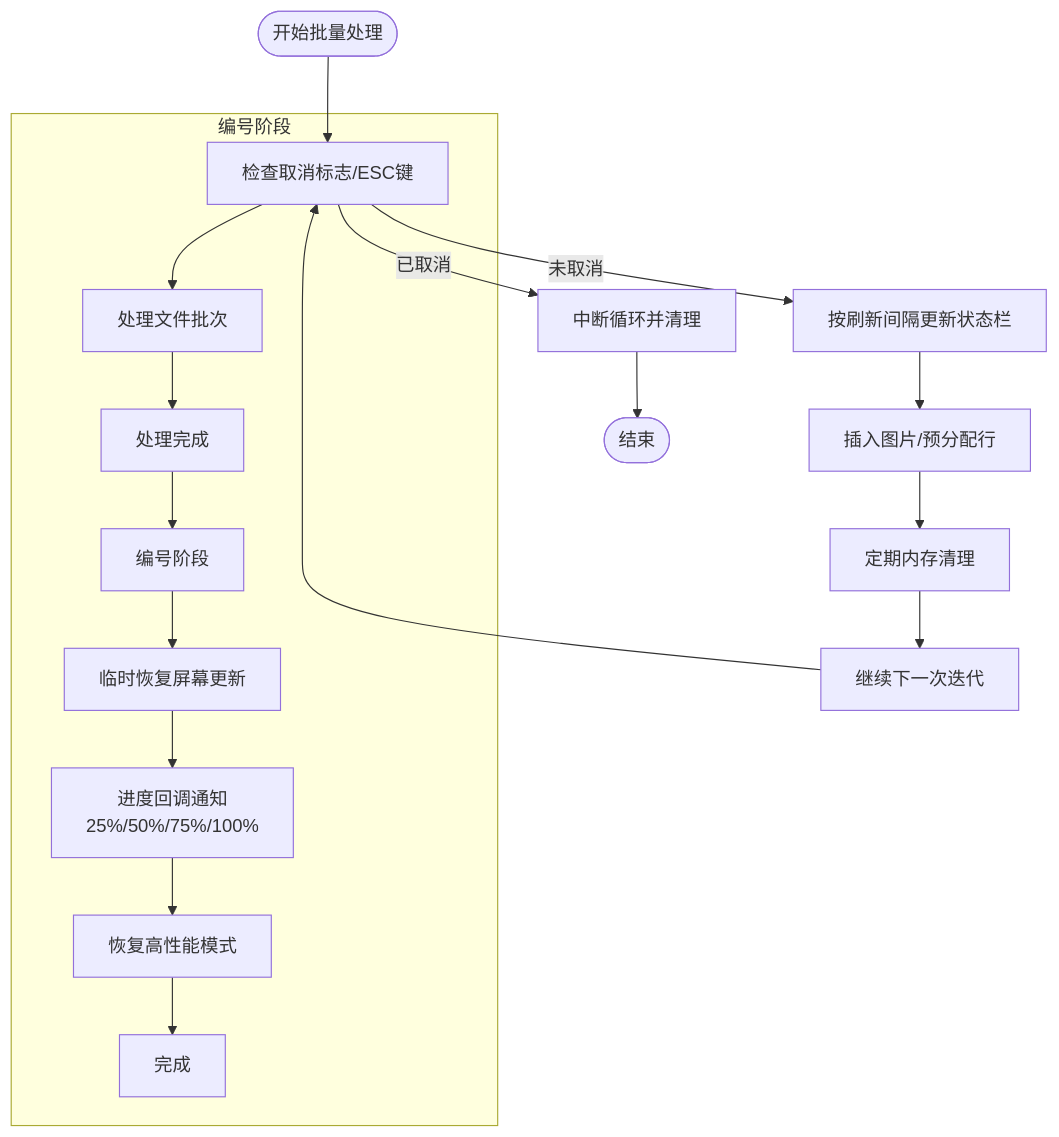
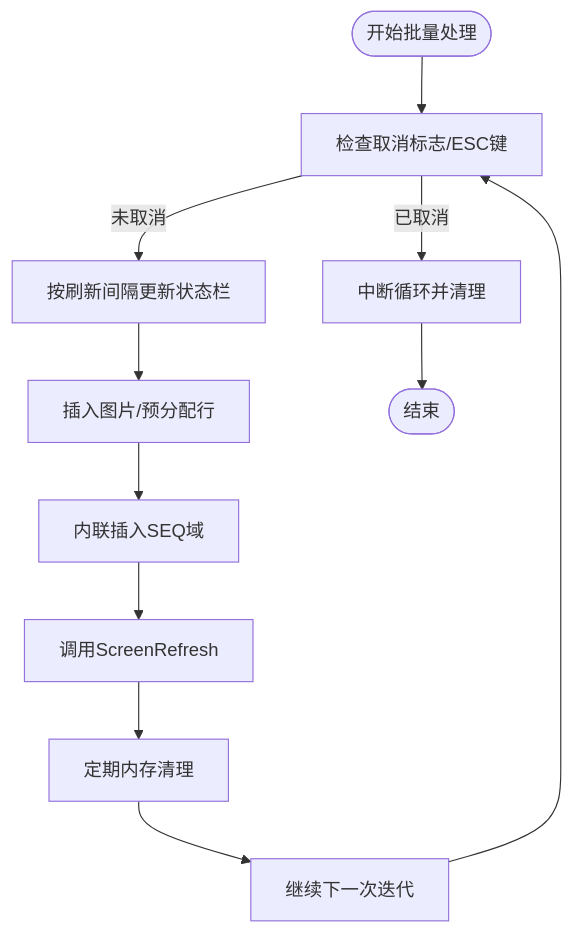
Before and after one commit to rainiva/WordTools: the fifth of 7 diagrams in .qoder/repowiki/zh/content/服务层/进度服务.md, drawn with Mermaid. The commit also changed other lines of this file and 6 other files, not shown here.

````diff
--- a/.qoder/repowiki/zh/content/服务层/进度服务.md
+++ b/.qoder/repowiki/zh/content/服务层/进度服务.md
@@ -231,20 +268,13 @@
 ```mermaid
 flowchart TD
 Start(["开始批量处理"]) --> CheckCancel["检查取消标志/ESC键"]
 CheckCancel --> |已取消| Abort["中断循环并清理"]
 CheckCancel --> |未取消| UpdateProgress["按刷新间隔更新状态栏"]
 UpdateProgress --> InsertImage["插入图片/预分配行"]
-InsertImage --> MemoryCleanup["定期内存清理"]
+InsertImage --> InsertSeqField["内联插入SEQ域"]
+InsertSeqField --> ScreenRefresh["调用ScreenRefresh"]
+ScreenRefresh --> MemoryCleanup["定期内存清理"]
 MemoryCleanup --> NextIter["继续下一次迭代"]
 NextIter --> CheckCancel
 Abort --> End(["结束"])
-subgraph "编号阶段"
-CheckCancel --> ProcessFiles["处理文件批次"]
-ProcessFiles --> DoneProcessing["处理完成"]
-DoneProcessing --> NumberingPhase["编号阶段"]
-NumberingPhase --> TempScreenRestore["临时恢复屏幕更新"]
-TempScreenRestore --> ProgressCallback["进度回调通知<br/>25%/50%/75%/100%"]
-ProgressCallback --> RestorePerformanceMode["恢复高性能模式"]
-RestorePerformanceMode --> Finalize["完成"]
-end
 ```
````
